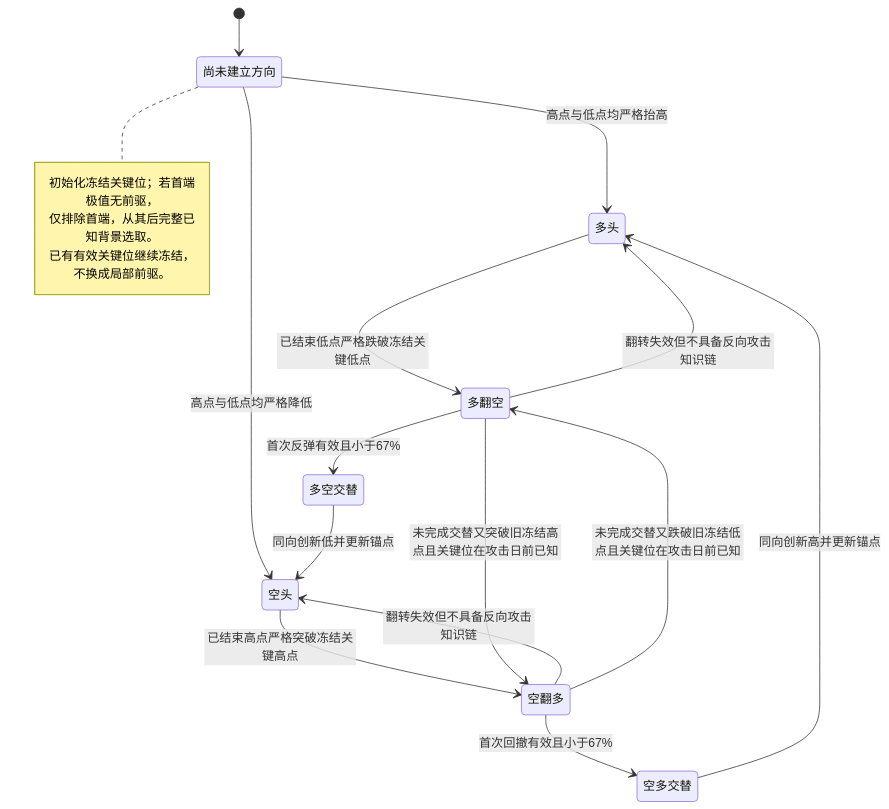
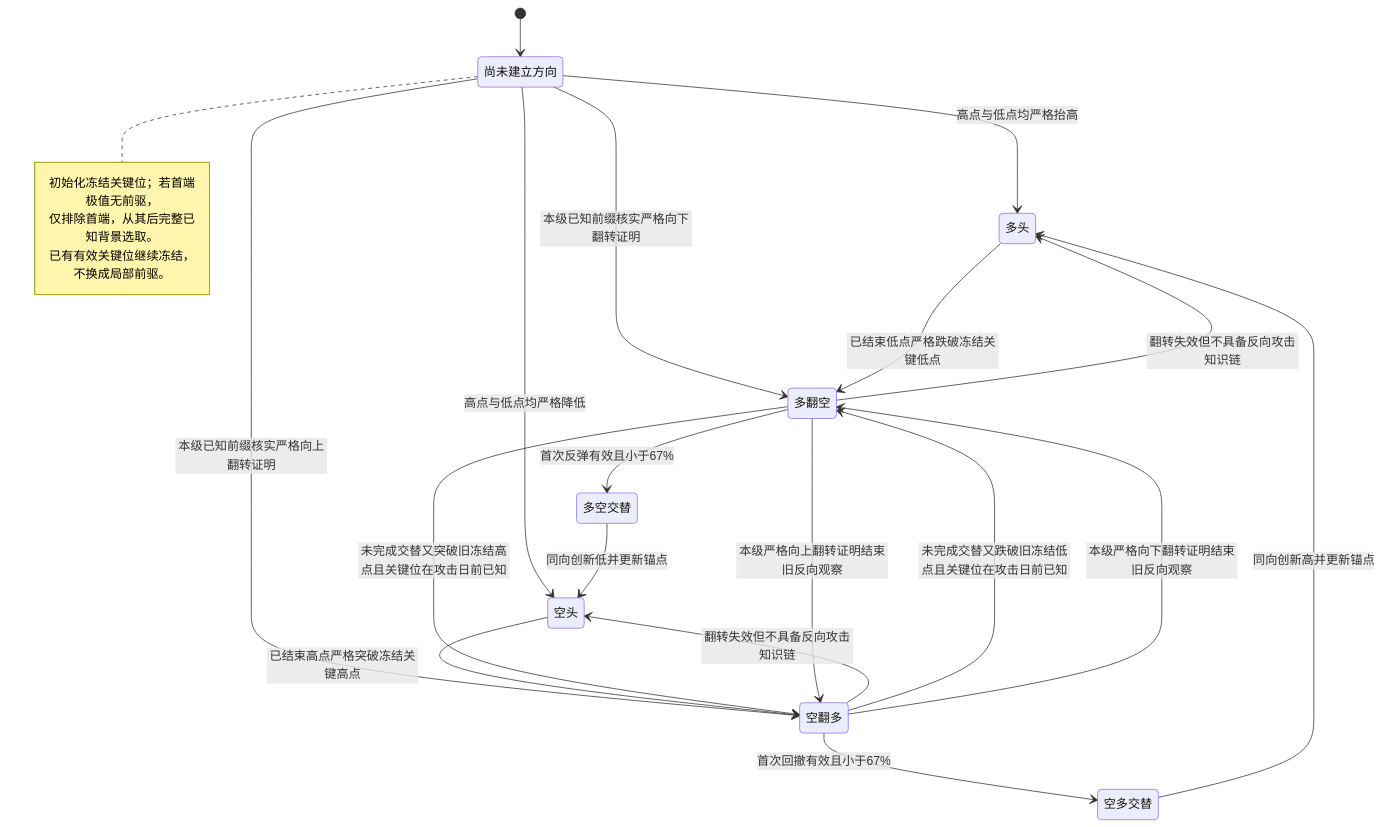
Before and after one commit to bobo553/wavequant-monorepo: the fourth of 19 diagrams in docs/trend-analysis-flow.md, drawn with Mermaid. The commit also changed other lines of this file and 37 other files, not shown here.

````diff
--- a/docs/trend-analysis-flow.md
+++ b/docs/trend-analysis-flow.md
@@ -147,28 +149,32 @@
 ```mermaid
 stateDiagram-v2
     state "尚未建立方向" as Unknown
     state "空头" as Bear
     state "空翻多" as BearToBull
     state "空多交替" as BearBull
     state "多头" as Bull
     state "多翻空" as BullToBear
     state "多空交替" as BullBear
     [*] --> Unknown
     note right of Unknown
         初始化冻结关键位；若首端极值无前驱，
         仅排除首端，从其后完整已知背景选取。
         已有有效关键位继续冻结，不换成局部前驱。
     end note
     Unknown --> Bull: 高点与低点均严格抬高
     Unknown --> Bear: 高点与低点均严格降低
+    Unknown --> BearToBull: 本级已知前缀核实严格向上翻转证明
+    Unknown --> BullToBear: 本级已知前缀核实严格向下翻转证明
     Bear --> BearToBull: 已结束高点严格突破冻结关键高点
     BearToBull --> BearBull: 首次回撤有效且小于67%
     BearBull --> Bull: 同向创新高并更新锚点
     BearToBull --> Bear: 翻转失效但不具备反向攻击知识链
     Bull --> BullToBear: 已结束低点严格跌破冻结关键低点
     BullToBear --> BullBear: 首次反弹有效且小于67%
     BullBear --> Bear: 同向创新低并更新锚点
     BullToBear --> BearToBull: 未完成交替又突破旧冻结高点且关键位在攻击日前已知
     BearToBull --> BullToBear: 未完成交替又跌破旧冻结低点且关键位在攻击日前已知
+    BullToBear --> BearToBull: 本级严格向上翻转证明结束旧反向观察
+    BearToBull --> BullToBear: 本级严格向下翻转证明结束旧反向观察
     BullToBear --> Bull: 翻转失效但不具备反向攻击知识链
 ```
````
